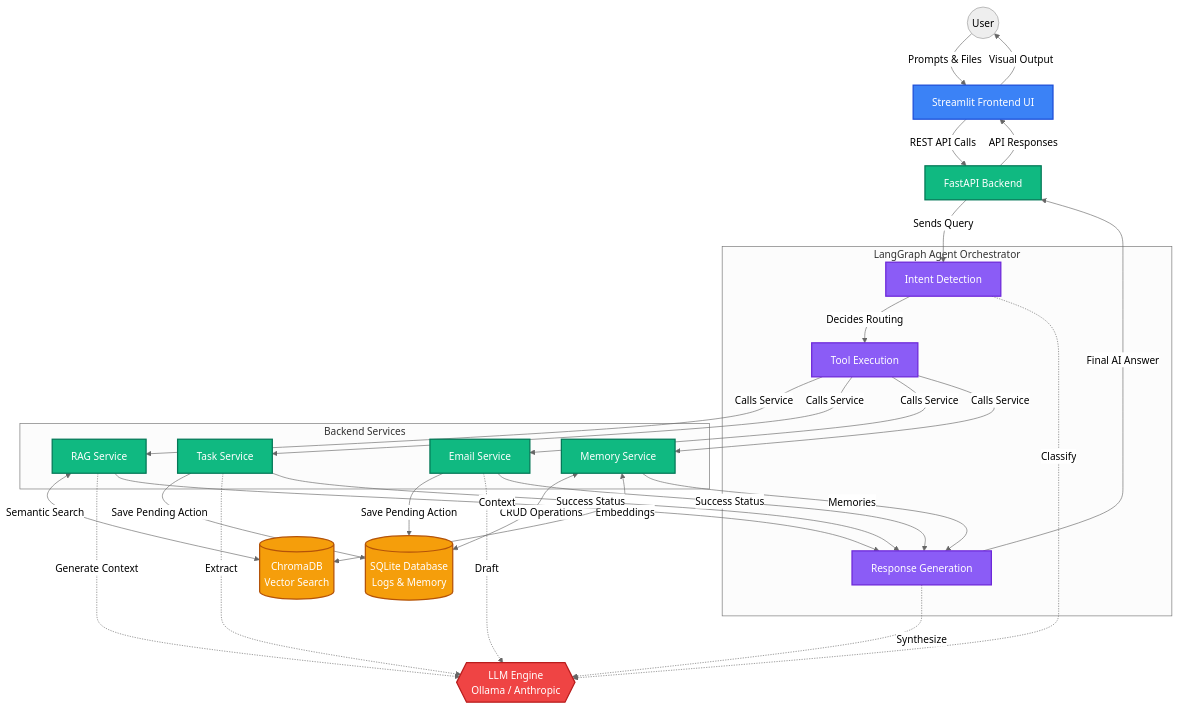
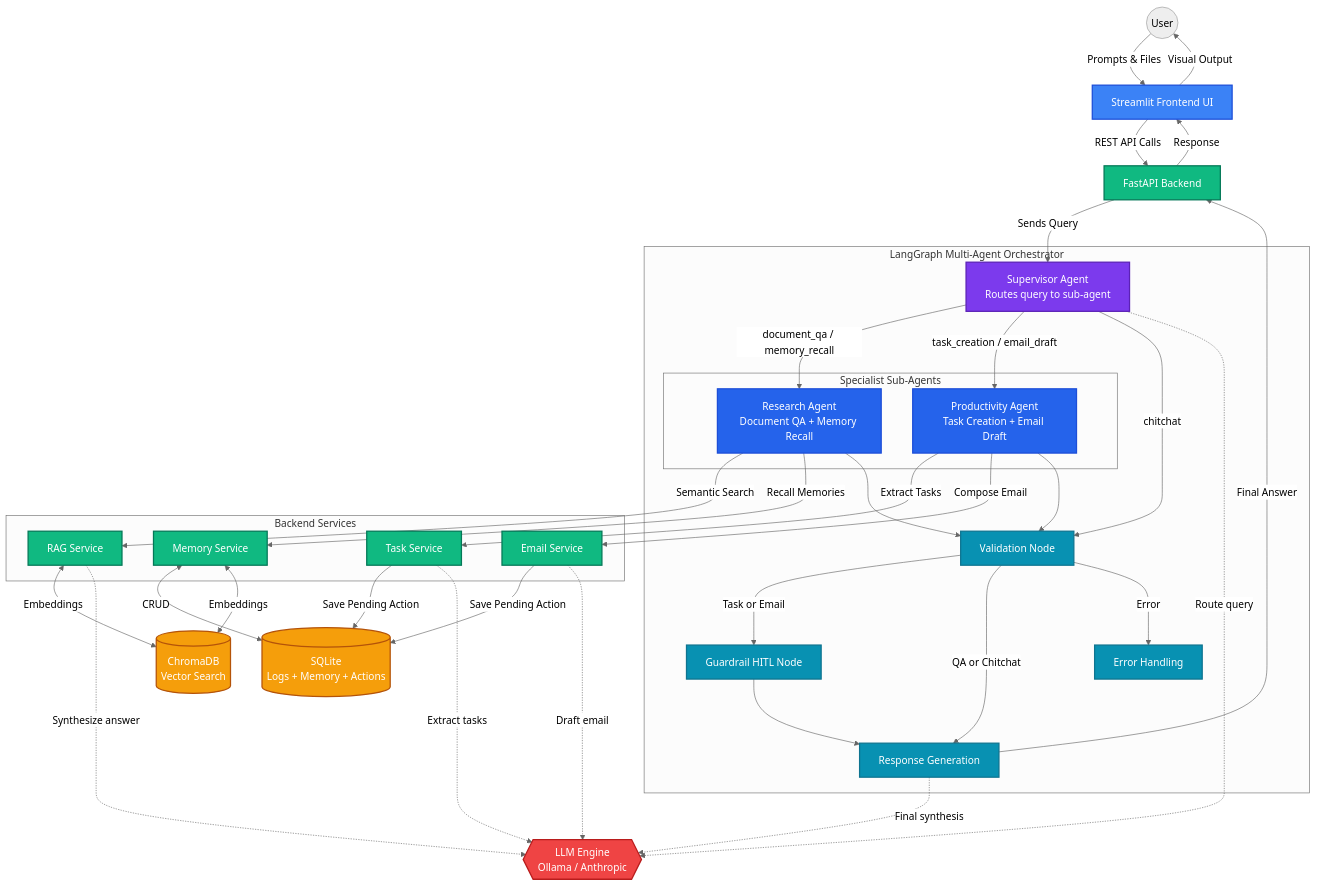
One commit to satwinder-kaur11/ai_assistant_workspace changed the first of 7 diagrams in workmate/ARCHITECTURE.md. Above: the diagram before and after it, drawn with Mermaid (neutral theme). The commit also changed other lines of this file, not shown here.

First line of the commit message:
docs: rebuild ARCHITECTURE.md for multi-agent supervisor system

````diff
--- a/workmate/ARCHITECTURE.md
+++ b/workmate/ARCHITECTURE.md
@@ -4,69 +12,85 @@
 ```mermaid
 graph TD
-    %% Define Styles
-    classDef frontend fill:#3b82f6,stroke:#1d4ed8,stroke-width:2px,color:#fff
-    classDef backend fill:#10b981,stroke:#047857,stroke-width:2px,color:#fff
-    classDef agent fill:#8b5cf6,stroke:#6d28d9,stroke-width:2px,color:#fff
-    classDef db fill:#f59e0b,stroke:#b45309,stroke-width:2px,color:#fff
-    classDef llm fill:#ef4444,stroke:#b91c1c,stroke-width:2px,color:#fff
+    %% Styles
+    classDef frontend  fill:#3b82f6,stroke:#1d4ed8,stroke-width:2px,color:#fff
+    classDef backend   fill:#10b981,stroke:#047857,stroke-width:2px,color:#fff
+    classDef super     fill:#7c3aed,stroke:#5b21b6,stroke-width:2px,color:#fff
+    classDef agent     fill:#2563eb,stroke:#1d4ed8,stroke-width:2px,color:#fff
+    classDef shared    fill:#0891b2,stroke:#0e7490,stroke-width:2px,color:#fff
+    classDef db        fill:#f59e0b,stroke:#b45309,stroke-width:2px,color:#fff
+    classDef llm       fill:#ef4444,stroke:#b91c1c,stroke-width:2px,color:#fff
 
-    %% Components
+    %% User & Presentation Layer
     User((User))
     UI[Streamlit Frontend UI]:::frontend
     API[FastAPI Backend]:::backend
-    
-    %% LangGraph Orchestrator
-    subgraph "LangGraph Agent Orchestrator"
-        Intent[Intent Detection]:::agent
-        Execution[Tool Execution]:::agent
-        Response[Response Generation]:::agent
+
+    %% Multi-Agent Orchestrator
+    subgraph "LangGraph Multi-Agent Orchestrator"
+        SUP[Supervisor Agent\nRoutes query to sub-agent]:::super
+
+        subgraph "Specialist Sub-Agents"
+            RA[Research Agent\nDocument QA + Memory Recall]:::agent
+            PA[Productivity Agent\nTask Creation + Email Draft]:::agent
+        end
+
+        VAL[Validation Node]:::shared
+        GRD[Guardrail HITL Node]:::shared
+        RES[Response Generation]:::shared
+        ERR[Error Handling]:::shared
     end
-    
+
     %% Services
     subgraph "Backend Services"
-        RAG[RAG Service]:::backend
-        TaskServ[Task Service]:::backend
-        EmailServ[Email Service]:::backend
-        MemServ[Memory Service]:::backend
+        RAGSvc[RAG Service]:::backend
+        TaskSvc[Task Service]:::backend
+        EmailSvc[Email Service]:::backend
+        MemSvc[Memory Service]:::backend
     end
-    
-    %% Data & Models
-    SQLite[(SQLite Database\nLogs & Memory)]:::db
+
+    %% Data Stores
+    SQLite[(SQLite\nLogs + Memory + Actions)]:::db
     Chroma[(ChromaDB\nVector Search)]:::db
     LLM{{LLM Engine\nOllama / Anthropic}}:::llm
 
-    %% Forward Connections
+    %% User flow
     User -->|Prompts & Files| UI
     UI -->|REST API Calls| API
-    
-    API -->|Sends Query| Intent
-    Intent -->|Decides Routing| Execution
-    Execution -->|Calls Service| RAG
-    Execution -->|Calls Service| TaskServ
-    Execution -->|Calls Service| EmailServ
-    Execution -->|Calls Service| MemServ
-    
-    %% Service DB interactions
-    RAG <-->|Semantic Search| Chroma
-    MemServ <-->|CRUD Operations| SQLite
-    TaskServ -->|Save Pending Action| SQLite
-    EmailServ -->|Save Pending Action| SQLite
-    MemServ <-->|Embeddings| Chroma
-    
-    %% LLM Interactions
-    RAG -.->|Generate Context| LLM
-    TaskServ -.->|Extract| LLM
-    EmailServ -.->|Draft| LLM
-    Intent -.->|Classify| LLM
-    Response -.->|Synthesize| LLM
-    
-    %% Return flow back up to User
-    RAG -->|Context| Response
-    MemServ -->|Memories| Response
-    TaskServ -->|Success Status| Response
-    EmailServ -->|Success Status| Response
-    
-    Response -->|Final AI Answer| API
-    API -->|API Responses| UI
+    API -->|Sends Query| SUP
+
+    %% Supervisor routing
+    SUP -->|document_qa / memory_recall| RA
+    SUP -->|task_creation / email_draft| PA
+    SUP -->|chitchat| VAL
+
+    %% Sub-agent service calls
+    RA -->|Semantic Search| RAGSvc
+    RA -->|Recall Memories| MemSvc
+    PA -->|Extract Tasks| TaskSvc
+    PA -->|Compose Email| EmailSvc
+
+    %% Service → DB
+    RAGSvc <-->|Embeddings| Chroma
+    MemSvc <-->|CRUD| SQLite
+    MemSvc <-->|Embeddings| Chroma
+    TaskSvc -->|Save Pending Action| SQLite
+    EmailSvc -->|Save Pending Action| SQLite
+
+    %% LLM calls
+    SUP -.->|Route query| LLM
+    RAGSvc -.->|Synthesize answer| LLM
+    TaskSvc -.->|Extract tasks| LLM
+    EmailSvc -.->|Draft email| LLM
+    RES -.->|Final synthesis| LLM
+
+    %% Back to shared nodes
+    RA --> VAL
+    PA --> VAL
+    VAL -->|Task or Email| GRD
+    VAL -->|QA or Chitchat| RES
+    VAL -->|Error| ERR
+    GRD --> RES
+    RES -->|Final Answer| API
+    API -->|Response| UI
     UI -->|Visual Output| User
 ```
````
